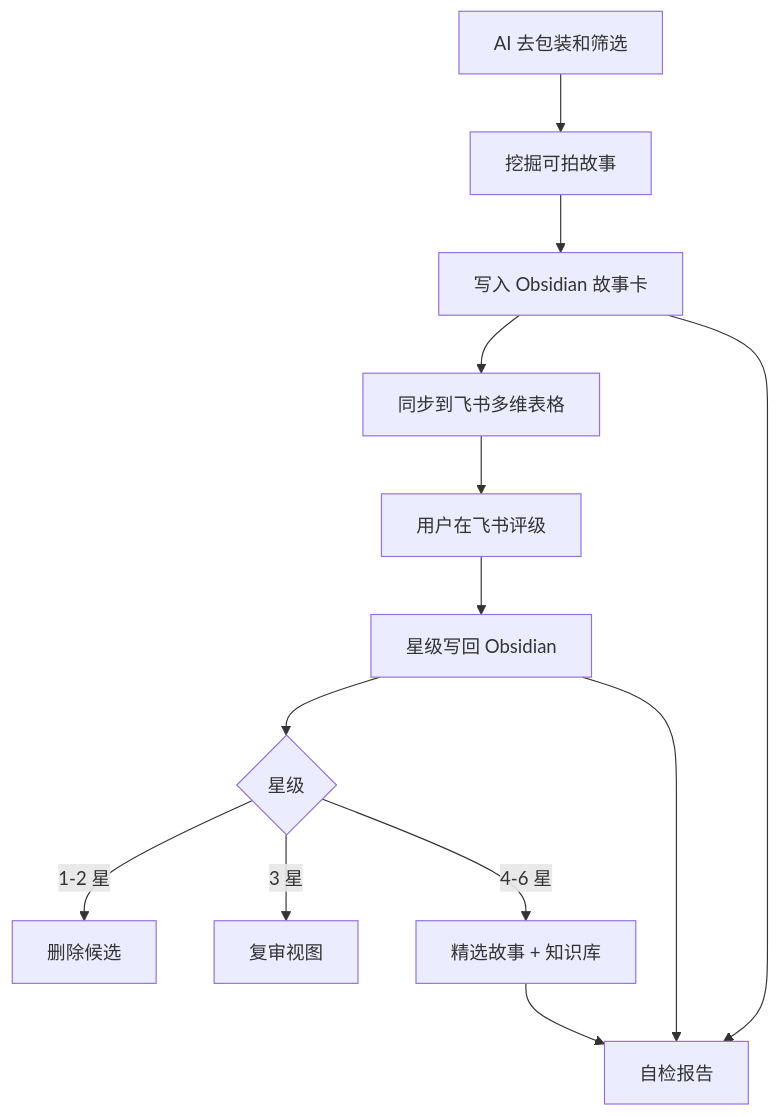
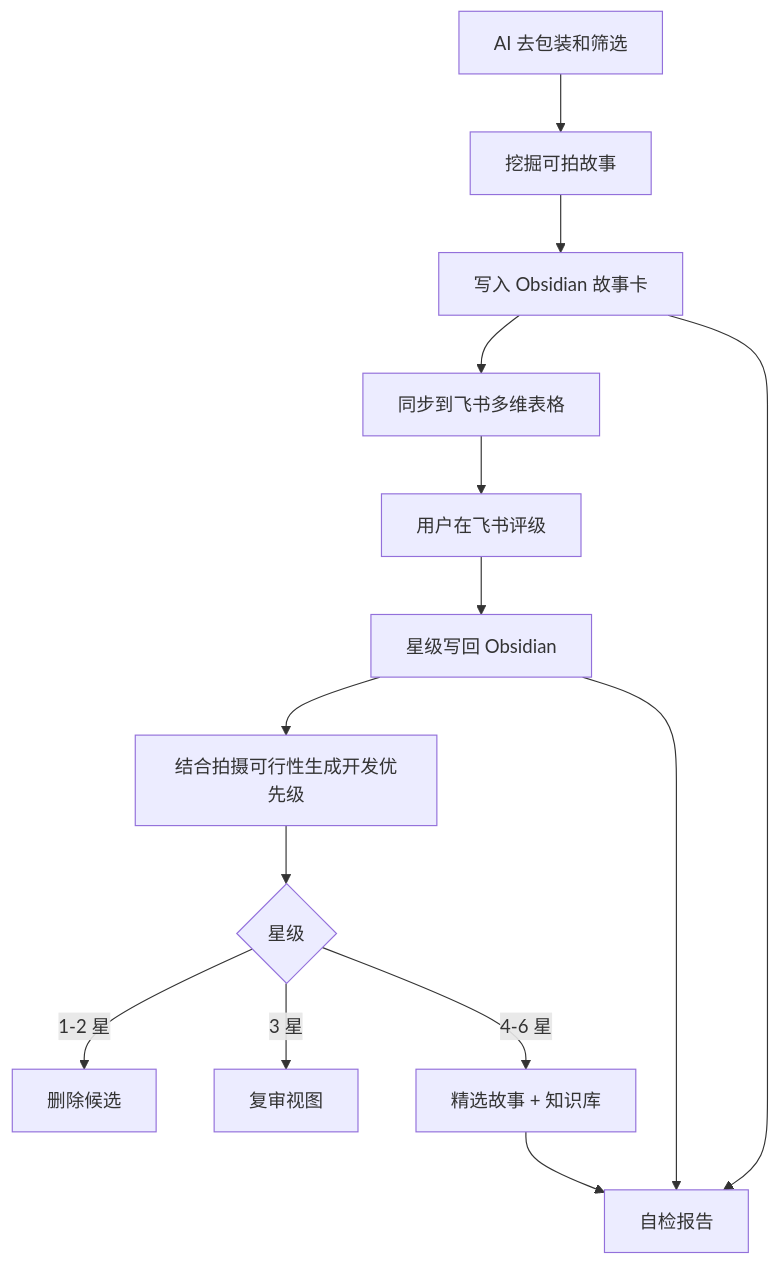
The diagram in docs/01-workflow-overview.md (1218364504x-sudo/sucai-jilei-chendian-workflow), drawn with Mermaid before and after one commit. The commit also changed other lines of this file and 10 other files, not shown here.

````diff
--- a/docs/01-workflow-overview.md
+++ b/docs/01-workflow-overview.md
@@ -20,15 +20,16 @@
 ```mermaid
 flowchart TD
     A["AI 去包装和筛选"] --> B["挖掘可拍故事"]
     B --> C["写入 Obsidian 故事卡"]
     C --> D["同步到飞书多维表格"]
     D --> E["用户在飞书评级"]
     E --> F["星级写回 Obsidian"]
-    F --> G{"星级"}
+    F --> L["结合拍摄可行性生成开发优先级"]
+    L --> G{"星级"}
     G -->|"1-2 星"| H["删除候选"]
     G -->|"3 星"| I["复审视图"]
     G -->|"4-6 星"| J["精选故事 + 知识库"]
     C --> K["自检报告"]
     F --> K
     J --> K
 ```
````
